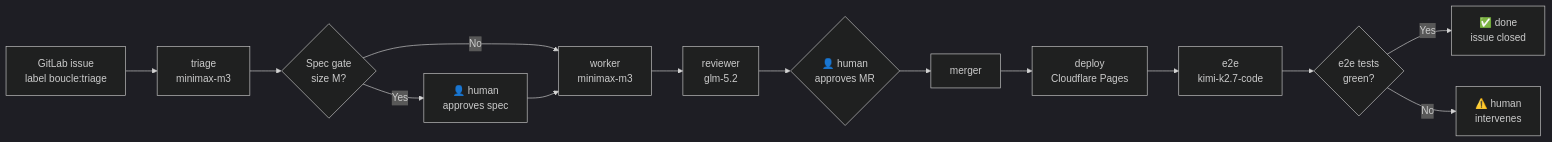
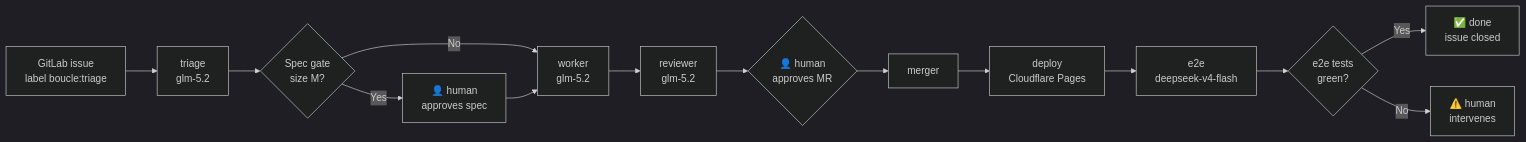
Before and after one commit to ankaboot-source/boucle: the first of 2 diagrams in README.md, drawn with Mermaid (dark theme). The commit also changed other lines of this file and 4 other files, not shown here.

````diff
--- a/README.md
+++ b/README.md
@@ -15,16 +15,16 @@
 ```mermaid
 flowchart LR
-    A[GitLab issue<br/>label boucle:triage] --> B[triage<br/>minimax-m3]
+    A[GitLab issue<br/>label boucle:triage] --> B[triage<br/>glm-5.2]
     B --> C{Spec gate<br/>size M?}
     C -->|Yes| D[👤 human<br/>approves spec]
-    C -->|No| E[worker<br/>minimax-m3]
+    C -->|No| E[worker<br/>glm-5.2]
     D --> E
     E --> F[reviewer<br/>glm-5.2]
     F --> G{👤 human<br/>approves MR}
     G --> H[merger]
     H --> I[deploy<br/>Cloudflare Pages]
-    I --> J[e2e<br/>kimi-k2.7-code]
+    I --> J[e2e<br/>deepseek-v4-flash]
     J --> K{e2e tests<br/>green?}
     K -->|Yes| L[✅ done<br/>issue closed]
     K -->|No| M[⚠️ human<br/>intervenes]
 ```
````
